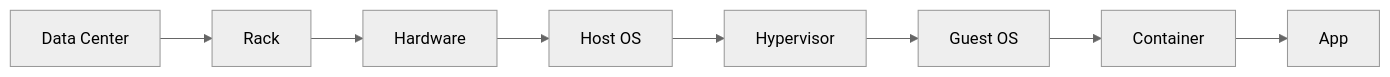
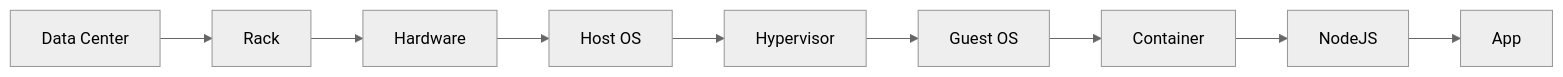
Before and after one commit to dpp/bomsage: the third of 3 diagrams in info/vision.md, drawn with Mermaid (neutral theme). The commit also changed other lines of this file, not shown here.

````diff
--- a/info/vision.md
+++ b/info/vision.md
@@ -128,10 +146,11 @@
 ```mermaid
 graph LR
 DC[Data Center]-->R[Rack]
 R-->H
 H[Hardware]-->HOS[Host OS]
 HOS-->HY[Hypervisor]
 HY-->G[Guest OS]
 G-->C[Container]
-C-->App
+C-->N[NodeJS]
+N-->App
 ```
````
